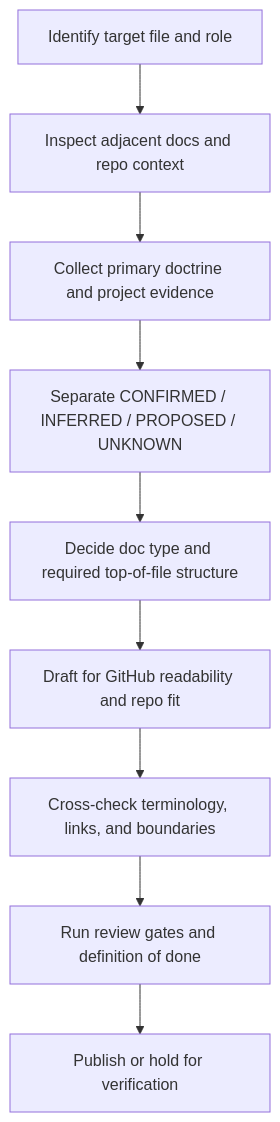
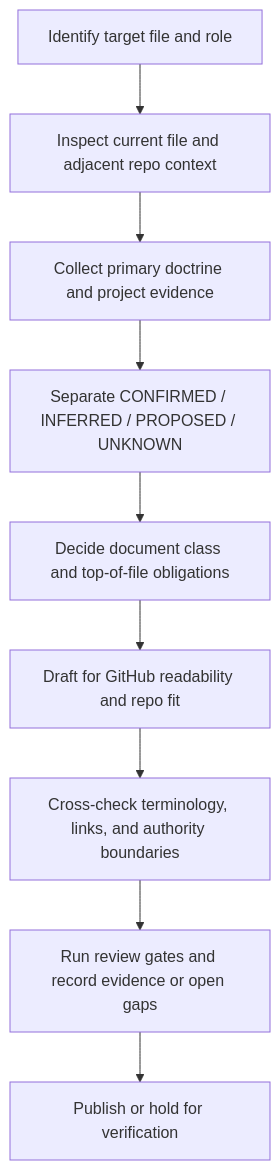
The diagram in docs/standards/KFM_MARKDOWN_WORK_PROTOCOL.md (bartytime4life/Kansas-Frontier-Matrix), drawn with Mermaid before and after one commit. The commit also changed other lines of this file, not shown here.

````diff
--- a/docs/standards/KFM_MARKDOWN_WORK_PROTOCOL.md
+++ b/docs/standards/KFM_MARKDOWN_WORK_PROTOCOL.md
@@ -212,11 +296,11 @@
 ```mermaid
 flowchart TD
-    A[Identify target file and role] --> B[Inspect adjacent docs and repo context]
+    A[Identify target file and role] --> B[Inspect current file and adjacent repo context]
     B --> C[Collect primary doctrine and project evidence]
     C --> D[Separate CONFIRMED / INFERRED / PROPOSED / UNKNOWN]
-    D --> E[Decide doc type and required top-of-file structure]
+    D --> E[Decide document class and top-of-file obligations]
     E --> F[Draft for GitHub readability and repo fit]
-    F --> G[Cross-check terminology, links, and boundaries]
-    G --> H[Run review gates and definition of done]
+    F --> G[Cross-check terminology, links, and authority boundaries]
+    G --> H[Run review gates and record evidence or open gaps]
     H --> I[Publish or hold for verification]
 ```
````
